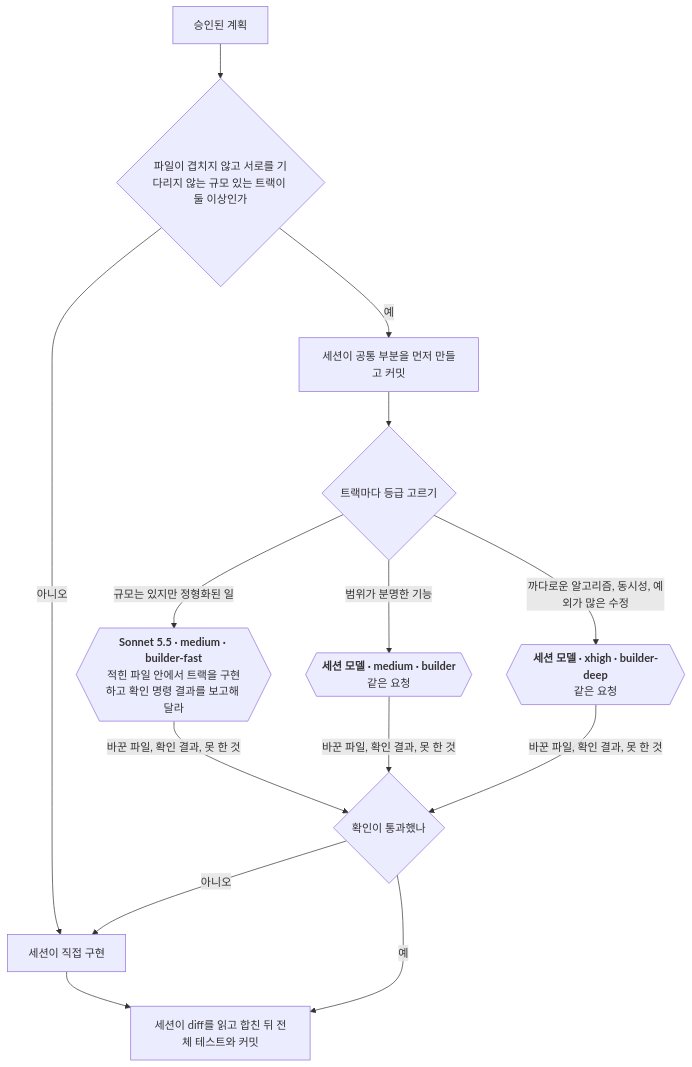
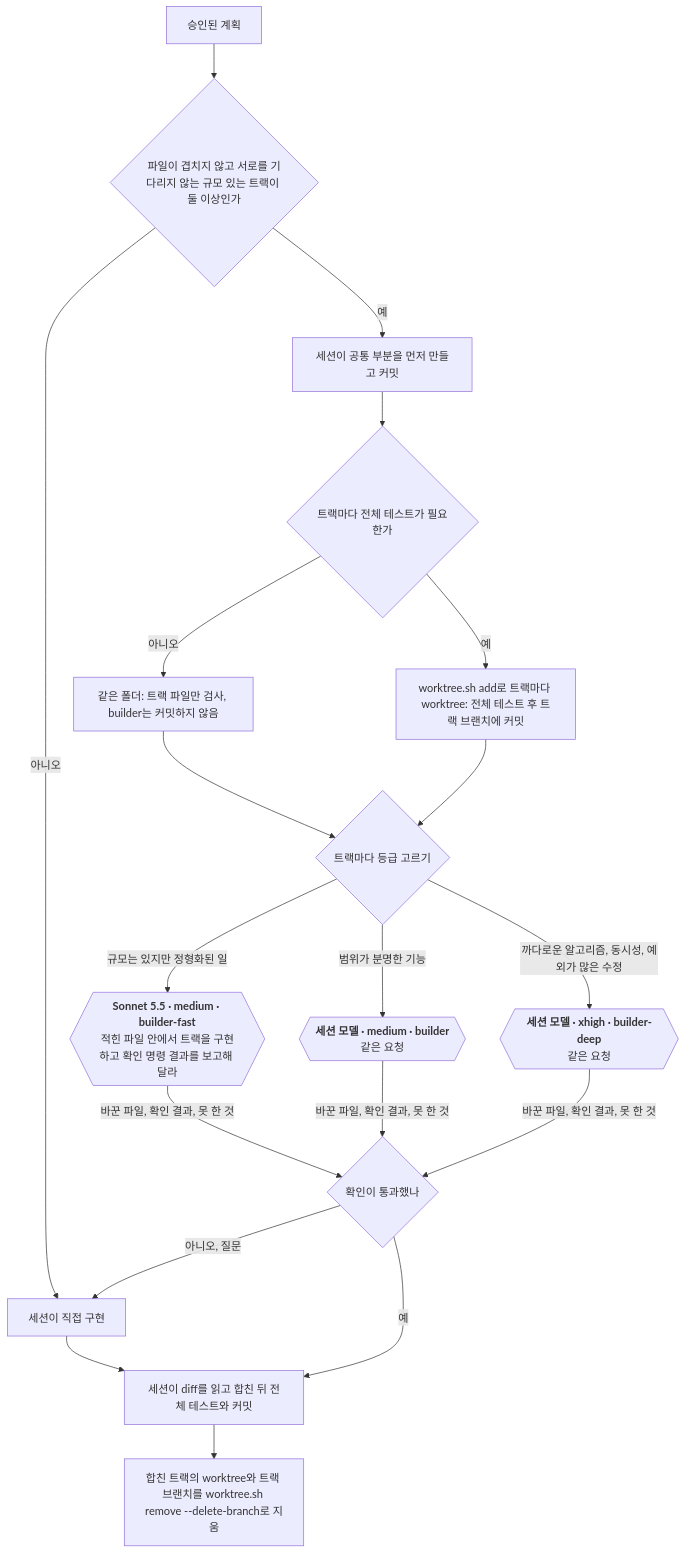
Before and after one commit to dincal/agent_logbook: the sixth of 9 diagrams in docs/system/flows.md, drawn with Mermaid. The commit also changed other lines of this file and 17 other files, not shown here.

````diff
--- a/docs/system/flows.md
+++ b/docs/system/flows.md
@@ -154,17 +154,21 @@
 ```mermaid
 flowchart TD
   P["승인된 계획"] --> Q{"파일이 겹치지 않고 서로를 기다리지 않는 규모 있는 트랙이 둘 이상인가"}
   Q -->|"아니오"| M["세션이 직접 구현"]
   Q -->|"예"| S["세션이 공통 부분을 먼저 만들고 커밋"]
-  S --> E{"트랙마다 등급 고르기"}
+  S --> WT{"트랙마다 전체 테스트가 필요한가"}
+  WT -->|"아니오"| SH["같은 폴더: 트랙 파일만 검사, builder는 커밋하지 않음"] --> E
+  WT -->|"예"| OW["worktree.sh add로 트랙마다 worktree: 전체 테스트 후 트랙 브랜치에 커밋"] --> E
+  E{"트랙마다 등급 고르기"}
   E -->|"규모는 있지만 정형화된 일"| B1{{"`**Sonnet 5.5 · medium · builder-fast**
   적힌 파일 안에서 트랙을 구현하고 확인 명령 결과를 보고해 달라`"}}
   E -->|"범위가 분명한 기능"| B2{{"`**세션 모델 · medium · builder**
   같은 요청`"}}
   E -->|"까다로운 알고리즘, 동시성, 예외가 많은 수정"| B3{{"`**세션 모델 · xhigh · builder-deep**
   같은 요청`"}}
   B1 & B2 & B3 -->|"바꾼 파일, 확인 결과, 못 한 것"| C{"확인이 통과했나"}
-  C -->|"아니오"| M
+  C -->|"아니오, 질문"| M
   C -->|"예"| K["세션이 diff를 읽고 합친 뒤 전체 테스트와 커밋"]
   M --> K
+  K --> RM["합친 트랙의 worktree와 트랙 브랜치를 worktree.sh remove --delete-branch로 지움"]
 ```
````
